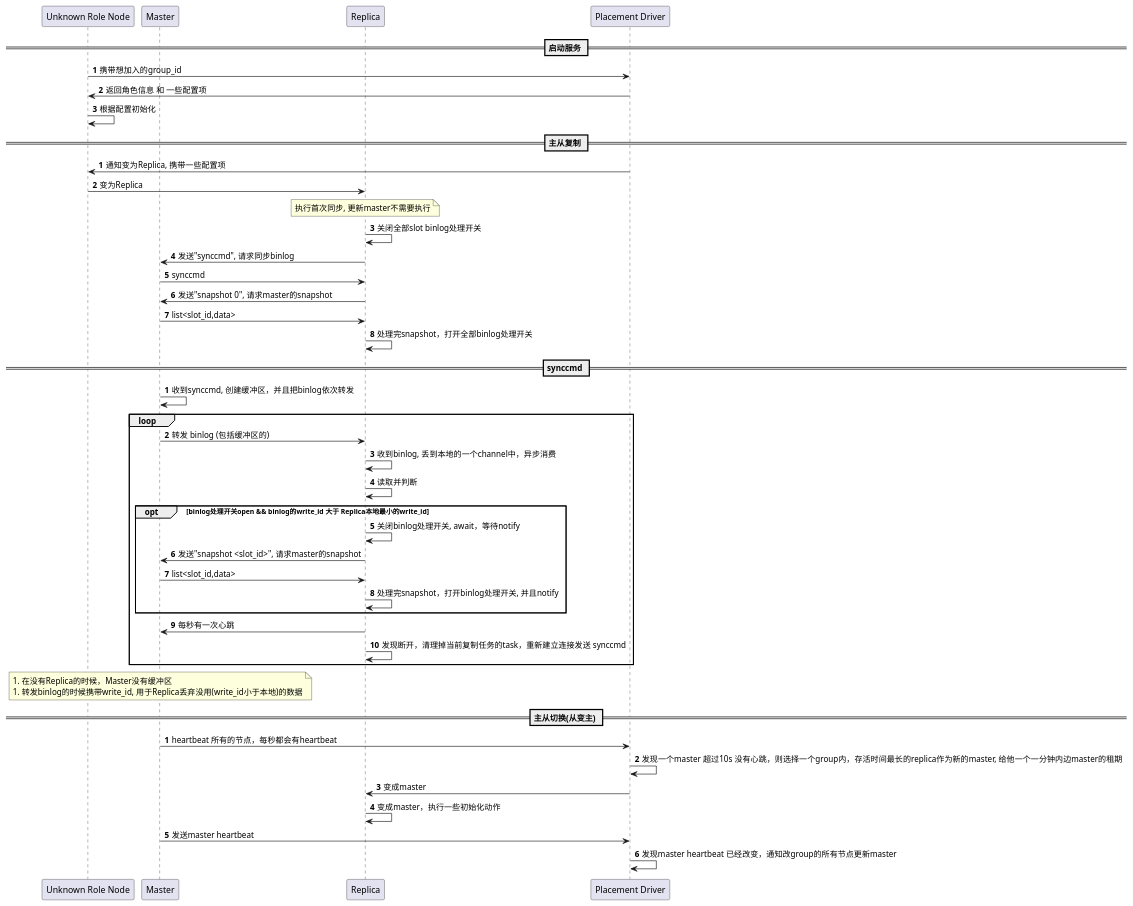
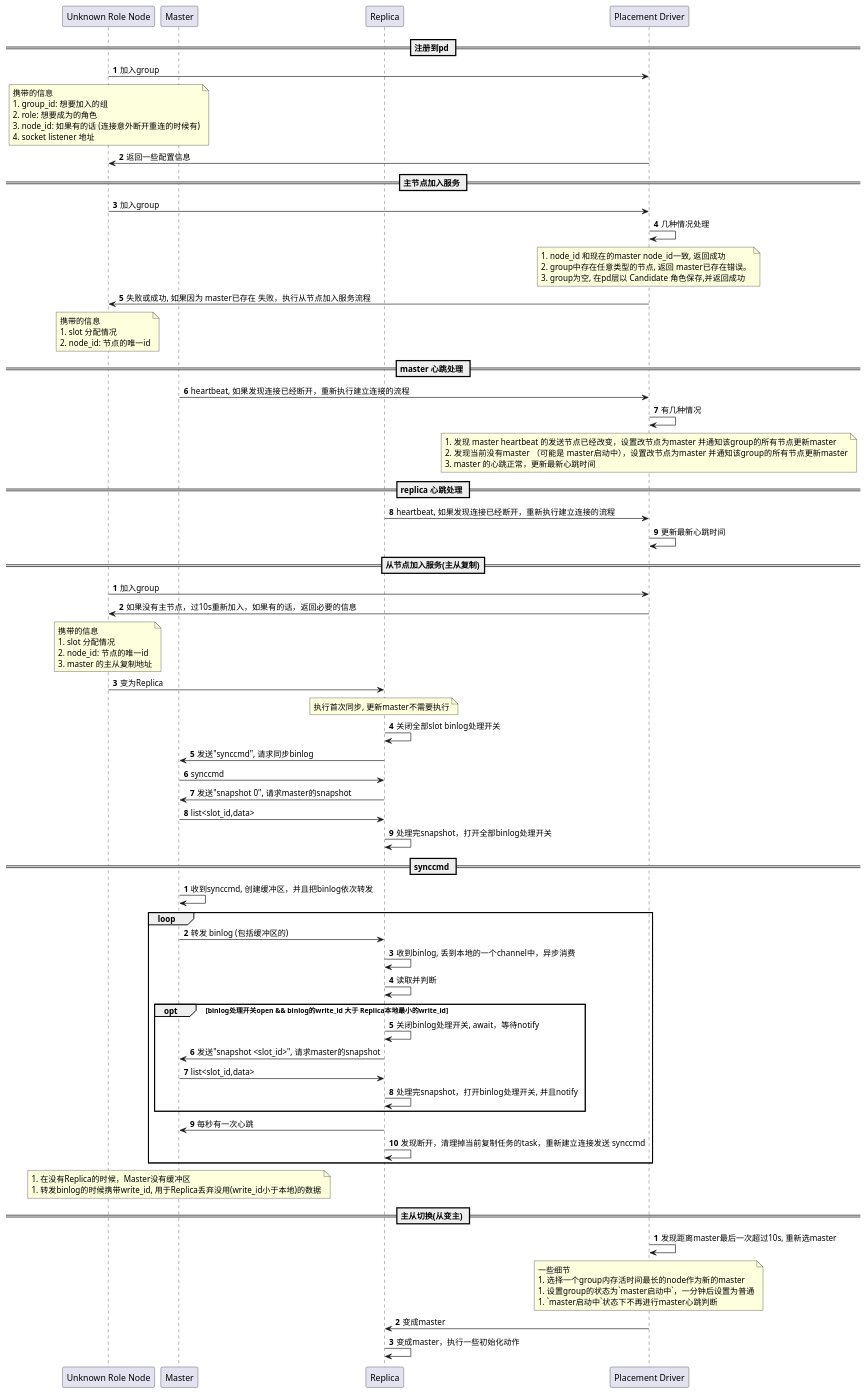
The diagram in docs/replication.puml (liangyongrui/rudis), drawn with PlantUML before and after one commit. The commit also changed 4 other files, not shown here.

```diff
--- a/docs/replication.puml
+++ b/docs/replication.puml
@@ -1,59 +1,103 @@
 @startuml replication
+
 participant "Unknown Role Node" as urn
 participant "Master" as m
 participant "Replica" as r
 participant "Placement Driver" as pd
 
-== 启动服务 ==
+== 注册到pd ==
 autonumber
-urn -> pd: 携带想加入的group_id
-pd -> urn: 返回角色信息 和 一些配置项
-urn -> urn: 根据配置初始化
+urn -> pd: 加入group
+note over urn
+   携带的信息
+   1. group_id: 想要加入的组
+   2. role: 想要成为的角色
+   3. node_id: 如果有的话 (连接意外断开重连的时候有)
+   4. socket listener 地址
+end note
+pd -> urn: 返回一些配置信息
 
-== 主从复制 ==
+== 主节点加入服务 ==
+urn -> pd: 加入group
+pd -> pd: 几种情况处理
+note over pd
+   1. node_id 和现在的master node_id一致, 返回成功
+   2. group中存在任意类型的节点, 返回 master已存在错误。
+   3. group为空, 在pd层以 Candidate 角色保存,并返回成功
+end note
+pd -> urn: 失败或成功, 如果因为 master已存在 失败，执行从节点加入服务流程
+note over urn
+   携带的信息
+   1. slot 分配情况
+   2. node_id: 节点的唯一id
+end note
+
+== master 心跳处理 ==
+m -> pd:  heartbeat, 如果发现连接已经断开，重新执行建立连接的流程
+pd -> pd: 有几种情况
+note over pd
+   1. 发现 master heartbeat 的发送节点已经改变，设置改节点为master 并通知该group的所有节点更新master
+   2. 发现当前没有master （可能是 master启动中），设置改节点为master 并通知该group的所有节点更新master
+   3. master 的心跳正常，更新最新心跳时间
+end note
+
+== replica 心跳处理 ==
+r -> pd:  heartbeat, 如果发现连接已经断开，重新执行建立连接的流程
+pd -> pd: 更新最新心跳时间
+
+== 从节点加入服务(主从复制)==
 autonumber
-pd -> urn: 通知变为Replica, 携带一些配置项
+urn -> pd: 加入group
+pd -> urn: 如果没有主节点，过10s重新加入，如果有的话，返回必要的信息
+note over urn
+   携带的信息
+   1. slot 分配情况
+   2. node_id: 节点的唯一id
+   3. master 的主从复制地址
+end note
 urn -> r: 变为Replica
 note over r
    执行首次同步, 更新master不需要执行
 end note
 r -> r: 关闭全部slot binlog处理开关
 r -> m: 发送"synccmd", 请求同步binlog
 m -> r: synccmd
 r -> m: 发送"snapshot 0", 请求master的snapshot
 m -> r: list<slot_id,data>
 r -> r: 处理完snapshot，打开全部binlog处理开关
 
 == synccmd ==
 autonumber
 m -> m: 收到synccmd, 创建缓冲区，并且把binlog依次转发
 loop
    m -> r: 转发 binlog (包括缓冲区的)
    r -> r: 收到binlog, 丢到本地的一个channel中，异步消费
    r -> r: 读取并判断
    opt binlog处理开关open && binlog的write_id 大于 Replica本地最小的write_id
       r -> r: 关闭binlog处理开关, await，等待notify
       r -> m: 发送"snapshot <slot_id>", 请求master的snapshot
       m -> r: list<slot_id,data>
       r -> r: 处理完snapshot，打开binlog处理开关, 并且notify
    end
    r -> m: 每秒有一次心跳
    r -> r: 发现断开，清理掉当前复制任务的task，重新建立连接发送 synccmd
 end
 
 note over m
    1. 在没有Replica的时候，Master没有缓冲区
    1. 转发binlog的时候携带write_id, 用于Replica丢弃没用(write_id小于本地)的数据
 end note
 
 == 主从切换(从变主) ==
 autonumber
-m -> pd:  heartbeat 所有的节点，每秒都会有heartbeat
-pd -> pd: 发现一个master 超过10s 没有心跳，则选择一个group内，存活时间最长的replica作为新的master, 给他一个一分钟内边master的租期
+pd -> pd: 发现距离master最后一次超过10s, 重新选master
+note over pd
+   一些细节
+   1. 选择一个group内存活时间最长的node作为新的master
+   1. 设置group的状态为`master启动中`，一分钟后设置为普通
+   1. `master启动中`状态下不再进行master心跳判断
+end note
 pd -> r: 变成master
 r -> r:  变成master，执行一些初始化动作
-m -> pd: 发送master heartbeat
-pd -> pd: 发现master heartbeat 已经改变，通知改group的所有节点更新master
-
 
 @enduml
```
